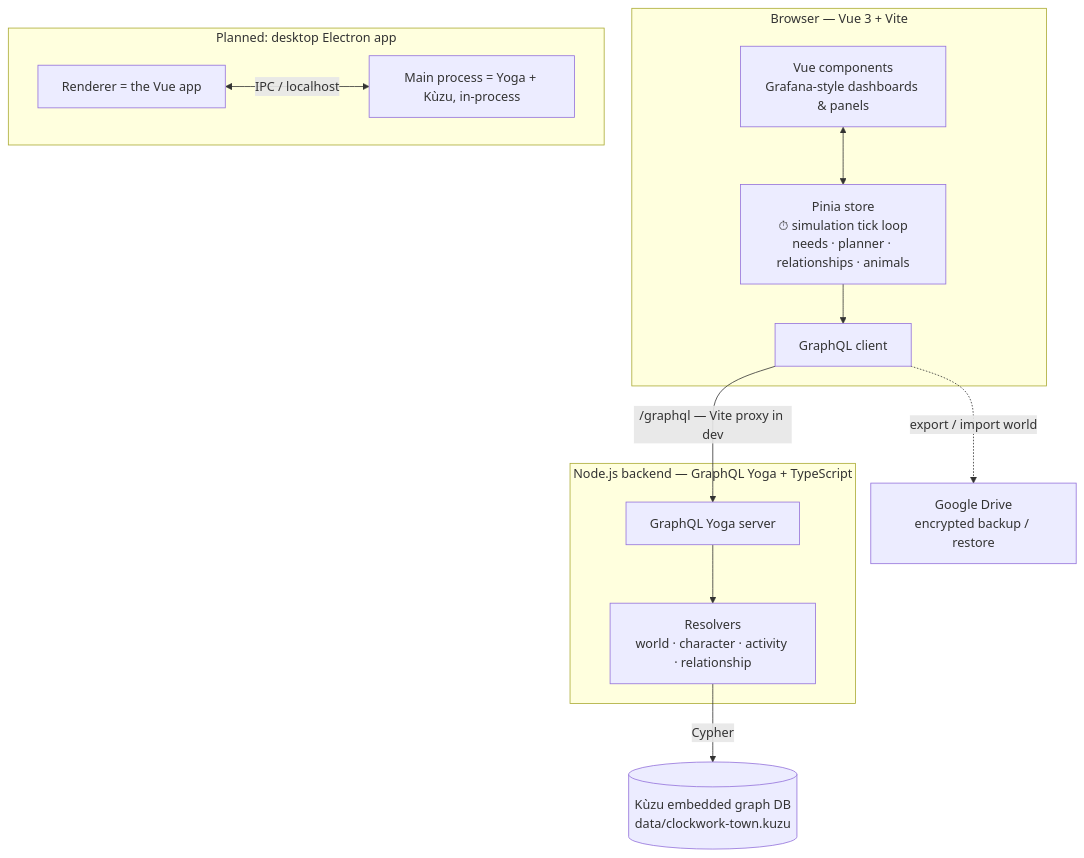
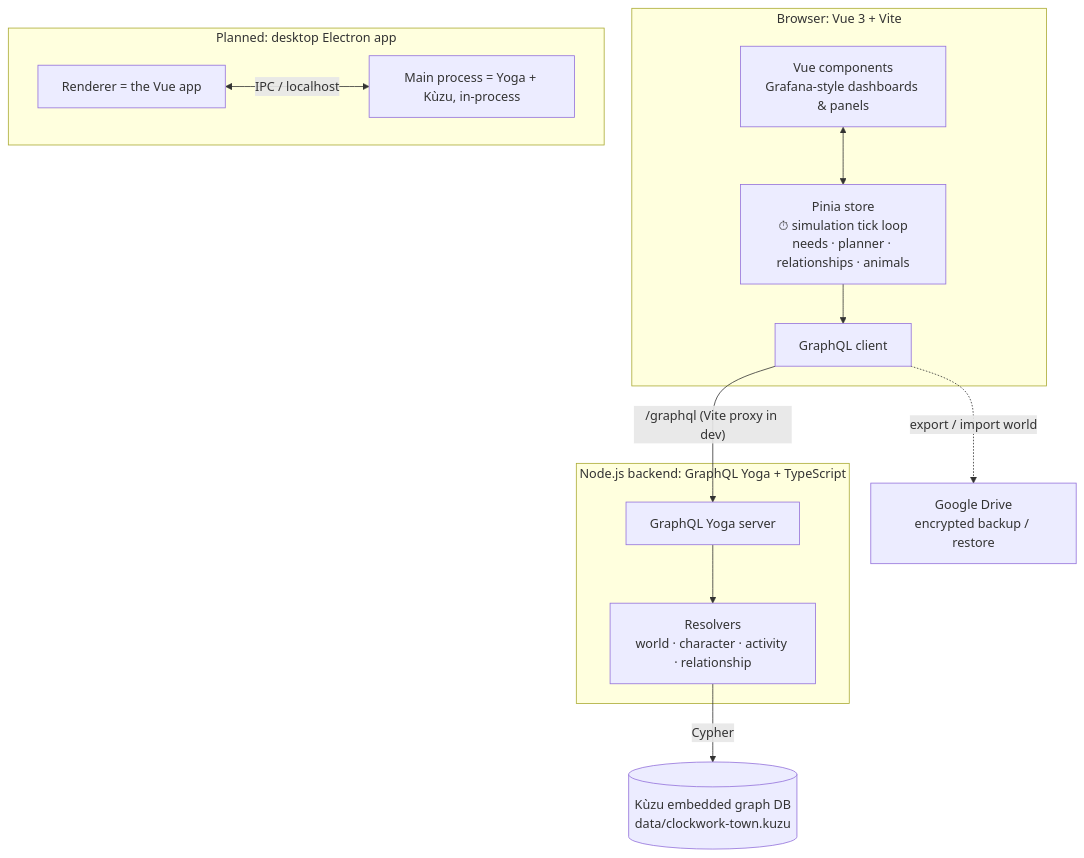
One commit to gennit-project/clockwork-town changed the diagram in README.md. Above: the diagram before and after it, drawn with Mermaid. The commit also changed other lines of this file, not shown here.

````diff
--- a/README.md
+++ b/README.md
@@ -33,30 +35,30 @@
 ```mermaid
 flowchart TB
-    subgraph Browser["Browser — Vue 3 + Vite"]
+    subgraph Browser["Browser: Vue 3 + Vite"]
         UI["Vue components<br/>Grafana-style dashboards & panels"]
         Store["Pinia store<br/>⏱ simulation tick loop<br/>needs · planner · relationships · animals"]
         GQLC["GraphQL client"]
         UI <--> Store
         Store --> GQLC
     end
 
-    subgraph Server["Node.js backend — GraphQL Yoga + TypeScript"]
+    subgraph Server["Node.js backend: GraphQL Yoga + TypeScript"]
         Yoga["GraphQL Yoga server"]
         Resolvers["Resolvers<br/>world · character · activity · relationship"]
         Yoga --> Resolvers
     end
 
     DB[("Kùzu embedded graph DB<br/>data/clockwork-town.kuzu")]
     Drive["Google Drive<br/>encrypted backup / restore"]
 
-    GQLC -->|"/graphql — Vite proxy in dev"| Yoga
+    GQLC -->|"/graphql (Vite proxy in dev)"| Yoga
     Resolvers -->|Cypher| DB
     GQLC -.->|export / import world| Drive
 
     subgraph Future["Planned: desktop Electron app"]
         direction LR
         R["Renderer = the Vue app"]
         M["Main process = Yoga + Kùzu, in-process"]
         R <-->|IPC / localhost| M
     end
 ```
````
